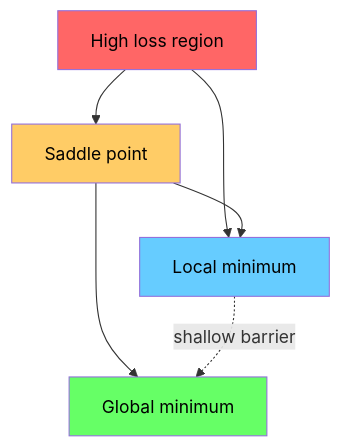
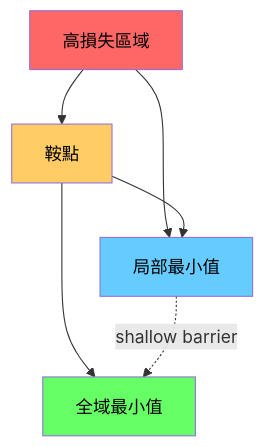
The fifth of 5 diagrams in i18n/zh-TW/phases/01-math-foundations/08-optimization/docs/zh-TW.md (edward821220/ai-engineering-from-scratch), drawn with Mermaid before and after one commit. The commit also changed other lines of this file and 123 other files, not shown here.

````diff
--- a/i18n/zh-TW/phases/01-math-foundations/08-optimization/docs/zh-TW.md
+++ b/i18n/zh-TW/phases/01-math-foundations/08-optimization/docs/zh-TW.md
@@ -183,12 +183,12 @@
 ```mermaid
 graph TD
-    HL["High loss region"] --> SP["Saddle point"]
-    HL --> LM["Local minimum"]
+    HL["高損失區域"] --> SP["鞍點"]
+    HL --> LM["局部最小值"]
     SP --> LM
-    SP --> GM["Global minimum"]
+    SP --> GM["全域最小值"]
     LM -.->|"shallow barrier"| GM
     style HL fill:#ff6666,color:#000
     style SP fill:#ffcc66,color:#000
     style LM fill:#66ccff,color:#000
     style GM fill:#66ff66,color:#000
 ```
````
